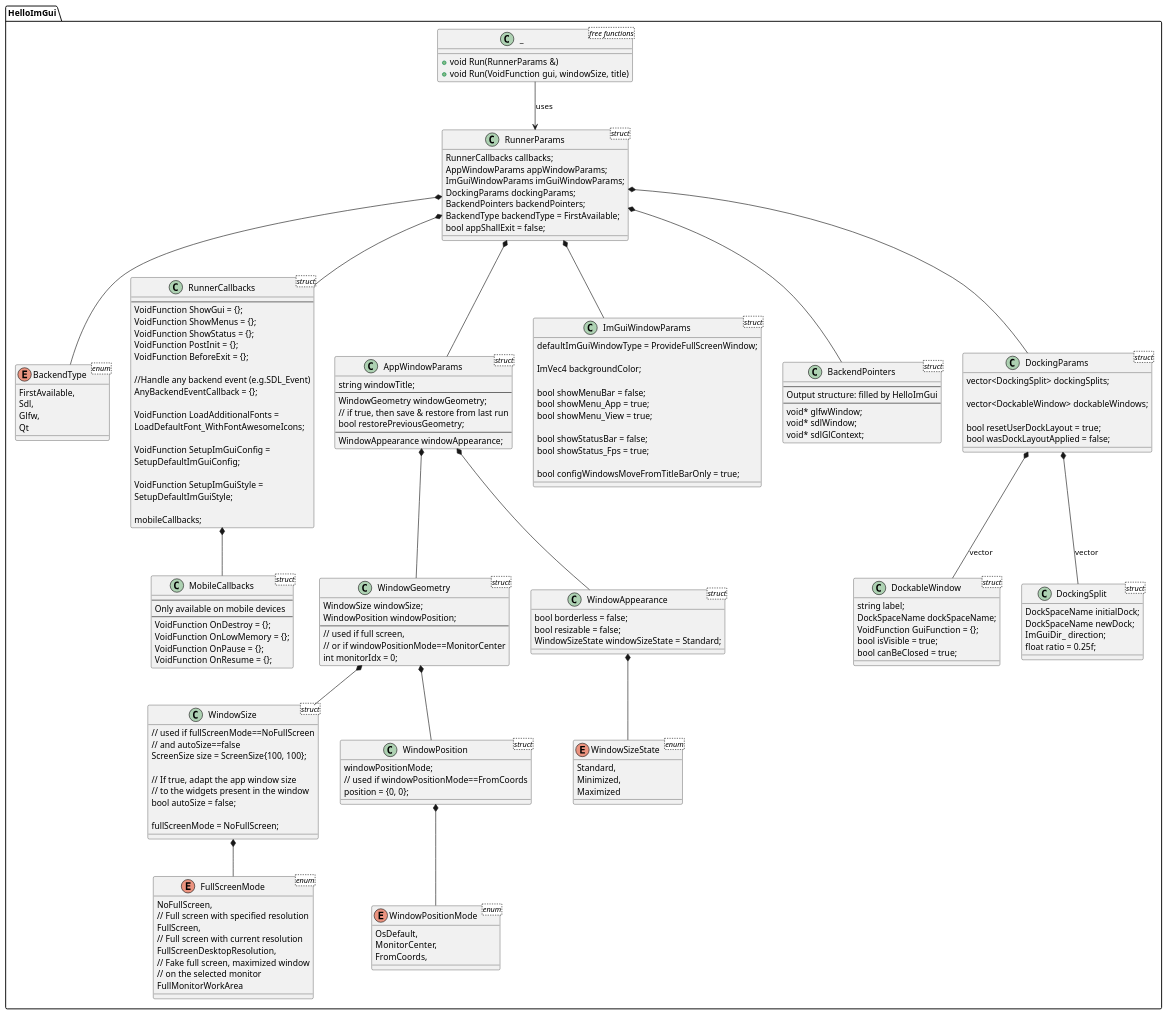
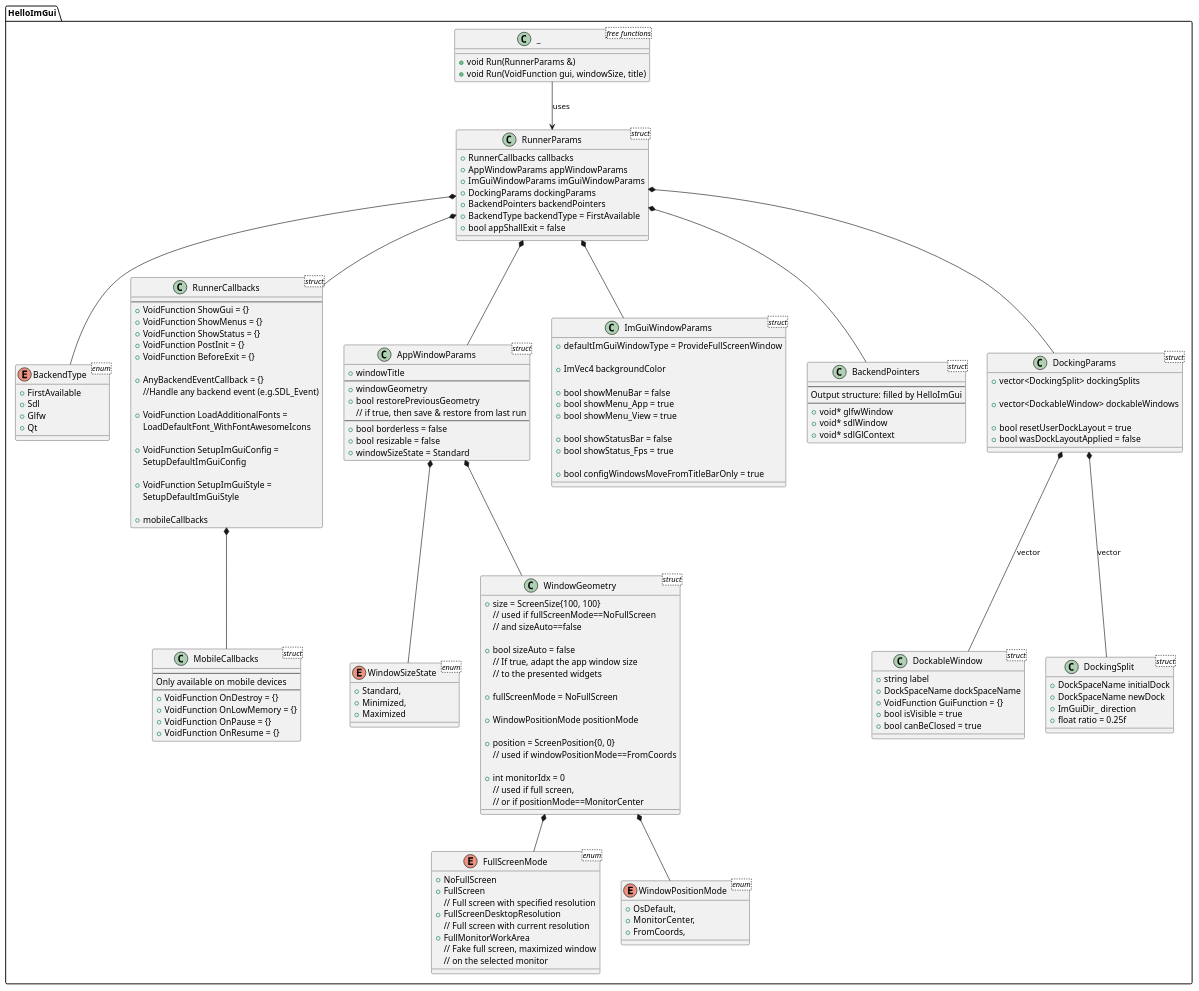
One commit to pthom/hello_imgui changed the diagram in src/hello_imgui/doc_src/hello_imgui_diagram.puml. Above: the diagram before and after it, drawn with PlantUML. The commit also changed 9 other files, not shown here.

Commit message:
Refac AppWindowParams

```diff
--- a/src/hello_imgui/doc_src/hello_imgui_diagram.puml
+++ b/src/hello_imgui/doc_src/hello_imgui_diagram.puml
@@ -1,199 +1,189 @@
 @startuml
 namespace HelloImGui {
 
-class _ <free functions>{
+class _ <free functions> {
     + void Run(RunnerParams &)
     + void Run(VoidFunction gui, windowSize, title)
 }
 
 _ --> RunnerParams: uses
 
 enum BackendType <enum>{
-    FirstAvailable,
-    Sdl,
-    Glfw,
-    Qt
+    + FirstAvailable
+    + Sdl
+    + Glfw
+    + Qt
 }
 
 class RunnerParams <struct> {
-    RunnerCallbacks callbacks;
-    AppWindowParams appWindowParams;
-    ImGuiWindowParams imGuiWindowParams;
-    DockingParams dockingParams;
-    BackendPointers backendPointers;
-    BackendType backendType = FirstAvailable;
-    bool appShallExit = false;
+    + RunnerCallbacks callbacks
+    + AppWindowParams appWindowParams
+    + ImGuiWindowParams imGuiWindowParams
+    + DockingParams dockingParams
+    + BackendPointers backendPointers
+    + BackendType backendType = FirstAvailable
+    + bool appShallExit = false
 }
 
 class RunnerCallbacks <struct> {
     ---
-    VoidFunction ShowGui = {};
-    VoidFunction ShowMenus = {};
-    VoidFunction ShowStatus = {};
-    VoidFunction PostInit = {};
-    VoidFunction BeforeExit = {};
+    + VoidFunction ShowGui = {}
+    + VoidFunction ShowMenus = {}
+    + VoidFunction ShowStatus = {}
+    + VoidFunction PostInit = {}
+    + VoidFunction BeforeExit = {}
 
+    + AnyBackendEventCallback = {}
     //Handle any backend event (e.g.SDL_Event)
-    AnyBackendEventCallback = {};
 
-    VoidFunction LoadAdditionalFonts =
-       LoadDefaultFont_WithFontAwesomeIcons;
+    + VoidFunction LoadAdditionalFonts =
+       LoadDefaultFont_WithFontAwesomeIcons
 
-    VoidFunction SetupImGuiConfig = 
-      SetupDefaultImGuiConfig;
+    + VoidFunction SetupImGuiConfig =
+      SetupDefaultImGuiConfig
 
-    VoidFunction SetupImGuiStyle = 
-      SetupDefaultImGuiStyle;
+    + VoidFunction SetupImGuiStyle =
+      SetupDefaultImGuiStyle
 
-    mobileCallbacks;
+    + mobileCallbacks
 }
 
 class MobileCallbacks <struct>{
     ---
     Only available on mobile devices
     ---
-    VoidFunction OnDestroy = {};
-    VoidFunction OnLowMemory = {};
-    VoidFunction OnPause = {};
-    VoidFunction OnResume = {};
+    + VoidFunction OnDestroy = {}
+    + VoidFunction OnLowMemory = {}
+    + VoidFunction OnPause = {}
+    + VoidFunction OnResume = {}
 }
 RunnerCallbacks *-- MobileCallbacks
 
 enum FullScreenMode <enum>{
-    NoFullScreen,
+    + NoFullScreen
+    + FullScreen
     // Full screen with specified resolution
-    FullScreen,
+    + FullScreenDesktopResolution
     // Full screen with current resolution
-    FullScreenDesktopResolution,
+    + FullMonitorWorkArea
     // Fake full screen, maximized window
     // on the selected monitor
-    FullMonitorWorkArea
 }
 
 enum WindowSizeState <enum>{
-    Standard,
-    Minimized,
-    Maximized
+    + Standard,
+    + Minimized,
+    + Maximized
 }
 
-class WindowSize <struct>{
-    // used if fullScreenMode==NoFullScreen
-    // and autoSize==false
-    ScreenSize size = ScreenSize{100, 100};
 
-    // If true, adapt the app window size
-    // to the widgets present in the window
-    bool autoSize = false;
 
-    fullScreenMode = NoFullScreen;
+enum WindowPositionMode <enum>{
+    + OsDefault,
+    + MonitorCenter,
+    + FromCoords,
 }
 
-WindowSize *-- FullScreenMode
 
-enum WindowPositionMode <enum>{
-    OsDefault,
-    MonitorCenter,
-    FromCoords,
+
+class WindowGeometry <struct>{
+    + size = ScreenSize{100, 100}
+    // used if fullScreenMode==NoFullScreen
+    // and sizeAuto==false
+
+    + bool sizeAuto = false
+    // If true, adapt the app window size
+    // to the presented widgets
+
+    + fullScreenMode = NoFullScreen
+
+    + WindowPositionMode positionMode
+
+    + position = ScreenPosition{0, 0}
+    // used if windowPositionMode==FromCoords
+
+    + int monitorIdx = 0
+    // used if full screen,
+    // or if positionMode==MonitorCenter
 }
 
-class WindowPosition <struct>{
-    windowPositionMode;
-    // used if windowPositionMode==FromCoords
-    position = {0, 0};
-}
+WindowGeometry *-- FullScreenMode
+WindowGeometry *-- WindowPositionMode
 
-WindowPosition *-- WindowPositionMode
 
-class WindowGeometry <struct>{
-    WindowSize windowSize;
-    WindowPosition windowPosition;
-    ---
-    // used if full screen,
-    // or if windowPositionMode==MonitorCenter
-    int monitorIdx = 0;
-}
-
-WindowGeometry *-- WindowPosition
-WindowGeometry *-- WindowSize
-
-class WindowAppearance <struct>{
-    bool borderless = false;
-    bool resizable = false;
-    WindowSizeState windowSizeState = Standard;
-}
-
-WindowAppearance *-- WindowSizeState
 
 class AppWindowParams <struct>{
-    string windowTitle;
+    + windowTitle
     ---
-    WindowGeometry windowGeometry;
+    + windowGeometry
+    + bool restorePreviousGeometry
     // if true, then save & restore from last run
-    bool restorePreviousGeometry;
     ---
-    WindowAppearance windowAppearance;
+    + bool borderless = false
+    + bool resizable = false
+    + windowSizeState = Standard
 }
 
 AppWindowParams *-- WindowGeometry
-AppWindowParams *-- WindowAppearance
+AppWindowParams *-- WindowSizeState
 
 
 class ImGuiWindowParams <struct> {
-    defaultImGuiWindowType = ProvideFullScreenWindow;
+    + defaultImGuiWindowType = ProvideFullScreenWindow
 
-    ImVec4 backgroundColor;
+    + ImVec4 backgroundColor
 
-    bool showMenuBar = false;
-    bool showMenu_App = true;
-    bool showMenu_View = true;
+    + bool showMenuBar = false
+    + bool showMenu_App = true
+    + bool showMenu_View = true
 
-    bool showStatusBar = false;
-    bool showStatus_Fps = true;
+    + bool showStatusBar = false
+    + bool showStatus_Fps = true
 
-    bool configWindowsMoveFromTitleBarOnly = true;
+    + bool configWindowsMoveFromTitleBarOnly = true
 }
 
 class BackendPointers <struct> {
   ---
   Output structure: filled by HelloImGui
   ---
-  void* glfwWindow;
-  void* sdlWindow;
-  void* sdlGlContext;
+  + void* glfwWindow
+  + void* sdlWindow
+  + void* sdlGlContext
 }
 
 class DockingParams <struct> {
-    vector<DockingSplit> dockingSplits;
+    + vector<DockingSplit> dockingSplits
 
-    vector<DockableWindow> dockableWindows;
+    + vector<DockableWindow> dockableWindows
 
-    bool resetUserDockLayout = true;
-    bool wasDockLayoutApplied = false;
+    + bool resetUserDockLayout = true
+    + bool wasDockLayoutApplied = false
 }
 
 class DockableWindow <struct> {
-    string label;
-    DockSpaceName dockSpaceName;
-    VoidFunction GuiFunction = {};
-    bool isVisible = true;
-    bool canBeClosed = true;
+    + string label
+    + DockSpaceName dockSpaceName
+    + VoidFunction GuiFunction = {}
+    + bool isVisible = true
+    + bool canBeClosed = true
 }
 
 class DockingSplit <struct> {
-    DockSpaceName initialDock;
-    DockSpaceName newDock;
-    ImGuiDir_ direction;
-    float ratio = 0.25f;
+    + DockSpaceName initialDock
+    + DockSpaceName newDock
+    + ImGuiDir_ direction
+    + float ratio = 0.25f
 }
 
 RunnerParams *-- BackendType
 RunnerParams *-- RunnerCallbacks
 RunnerParams *-- AppWindowParams
 RunnerParams *-- ImGuiWindowParams
 RunnerParams *-- BackendPointers
 RunnerParams *-- DockingParams
 DockingParams *-- DockableWindow : vector
 DockingParams *-- DockingSplit : vector
 
 }
 @enduml
```
